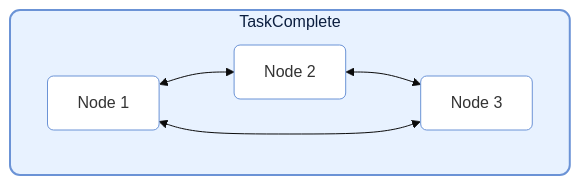
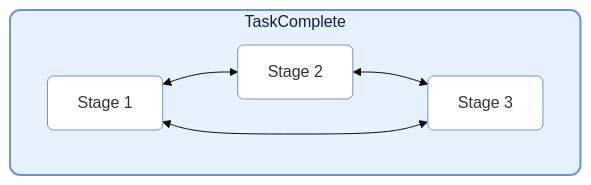
Before and after one commit to Mr-xiaotian/CelestialFlow: the sixth of 6 diagrams in docs/ja/src/graph/core_structure.md, drawn with Mermaid (base theme). The commit also changed other lines of this file and 211 other files, not shown here.

````diff
--- a/docs/ja/src/graph/core_structure.md
+++ b/docs/ja/src/graph/core_structure.md
@@ -180,16 +180,16 @@
 ```mermaid
 flowchart LR
     subgraph TC[TaskComplete]
         direction LR
-        S1[Node 1]
-        S2[Node 2]
-        S3[Node 3]
+        S1[Stage 1]
+        S2[Stage 2]
+        S3[Stage 3]
         
         S1 <--> S2
         S2 <--> S3
         S3 <--> S1
     end
     style TC fill:#e8f2ff,stroke:#6b93d6,stroke-width:2px,color:#0b1e3f,rx:10px,ry:10px
     classDef blueNode fill:#ffffff,stroke:#6b93d6,rx:6px,ry:6px;
     class S1,S2,S3 blueNode;
 ```
````
